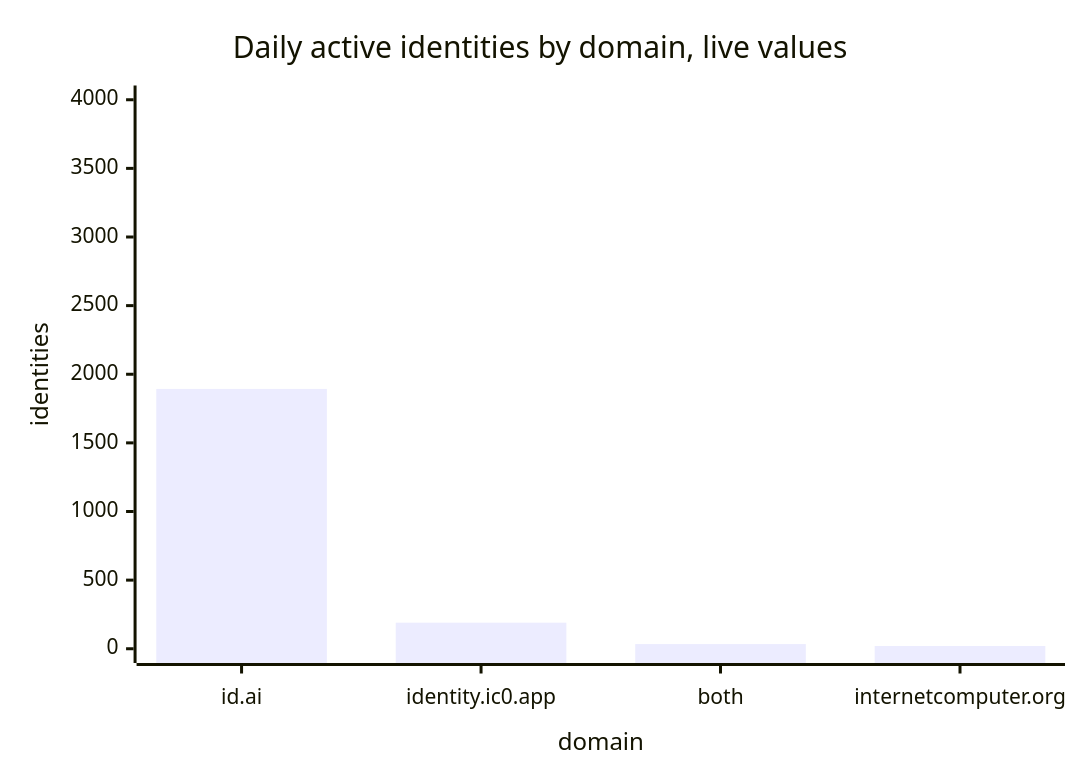
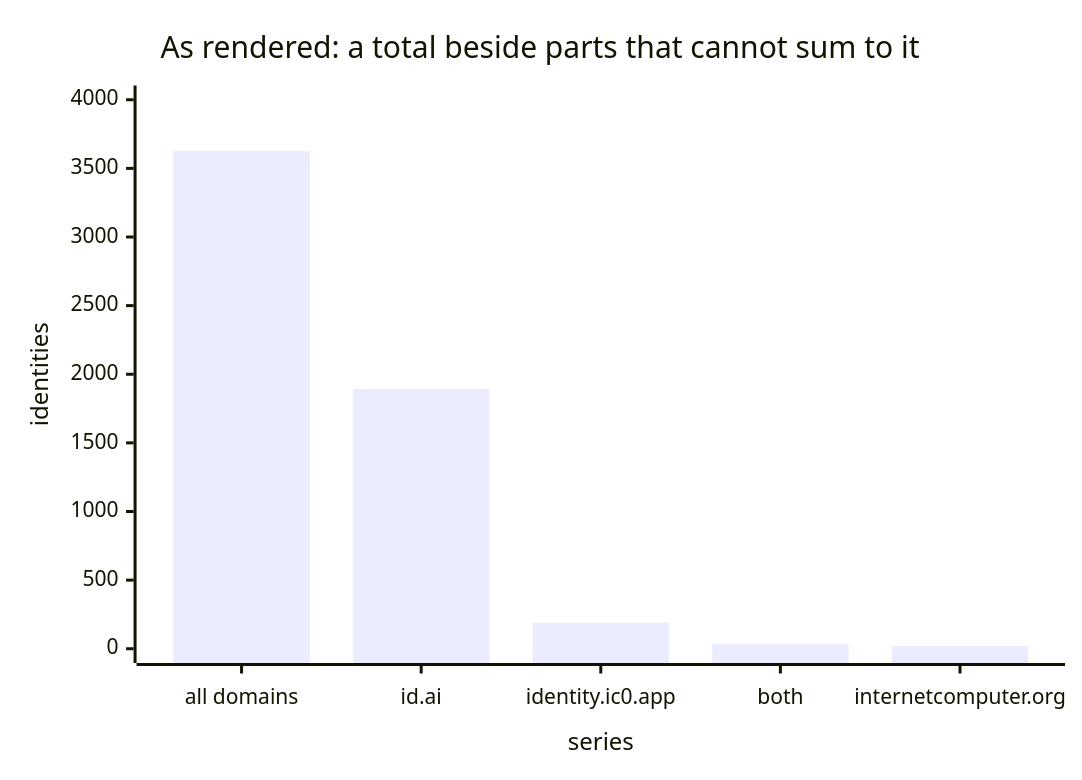
Before and after one commit to dfinity/internet-identity: the ninth of 33 diagrams in docs/ongoing/metrics.md, drawn with Mermaid. The commit also changed other lines of this file and 7 other files, not shown here.

````diff
--- a/docs/ongoing/metrics.md
+++ b/docs/ongoing/metrics.md
@@ -278,7 +315,7 @@
 ```mermaid
 xychart-beta
-  title "Daily active identities by domain, live values"
-  x-axis "domain" ["id.ai", "identity.ic0.app", "both", "internetcomputer.org"]
+  title "As rendered: a total beside parts that cannot sum to it"
+  x-axis "series" ["all domains", "id.ai", "identity.ic0.app", "both", "internetcomputer.org"]
   y-axis "identities" 0 --> 4000
-  bar [1893, 190, 34, 20]
+  bar [3627, 1893, 190, 34, 20]
 ```
````
